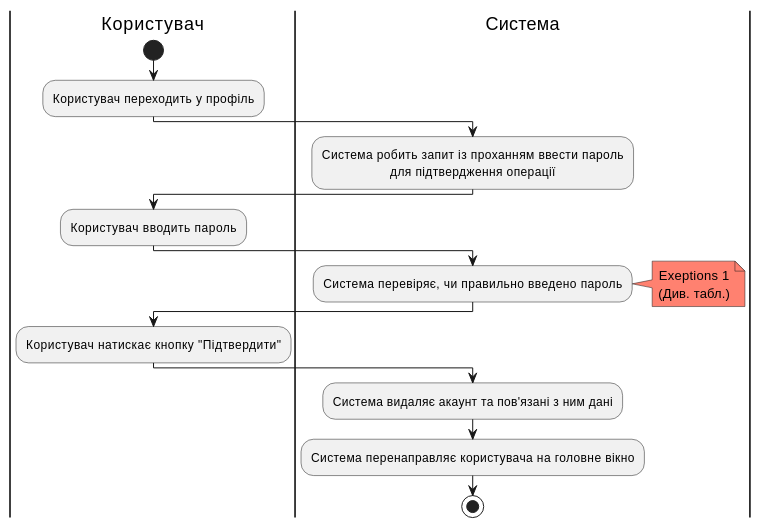
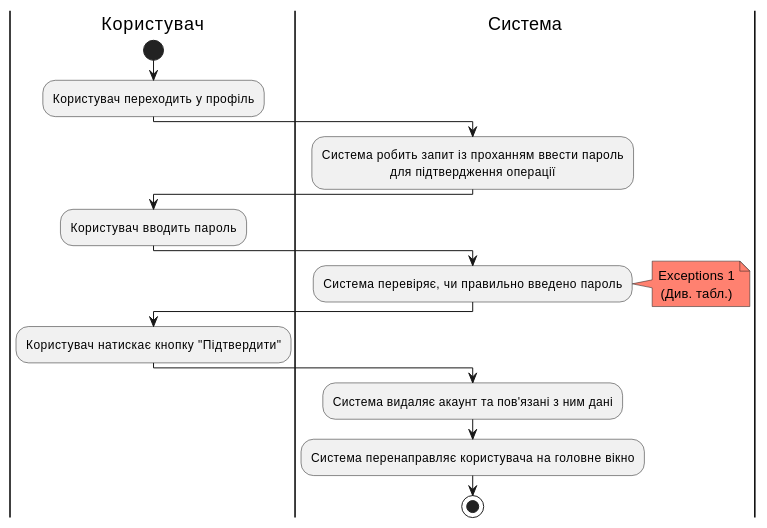
The third of 3 diagrams in docs/use_cases.md (generalmaks/db_labs), drawn with PlantUML before and after one commit. The commit also changed other lines of this file, not shown here.

Commit message:
some fixes in ChangeUserData diagram

````diff
--- a/docs/use_cases.md
+++ b/docs/use_cases.md
@@ -132,36 +136,36 @@
 ```plantuml
 @startuml
 |Користувач|
 start
 skinparam defaultTextAlignment center
 
 |Користувач|
 :Користувач переходить у профіль;
 
 
 |Система|
 :Система робить запит із проханням ввести пароль 
 для підтвердження операції;
 
 |Користувач|
 :Користувач вводить пароль;
 
 |Система|
 :Система перевіряє, чи правильно введено пароль;
 note right #ff8170
-Exeptions 1
+Exceptions 1
 (Див. табл.)
 end note
 
 |Користувач|
 :Користувач натискає кнопку "Підтвердити";
 
 |Система|
 :Система видаляє акаунт та пов'язані з ним дані;
 :Система перенаправляє користувача на головне вікно;
 
 
 
 stop
 @enduml
 ```
````
